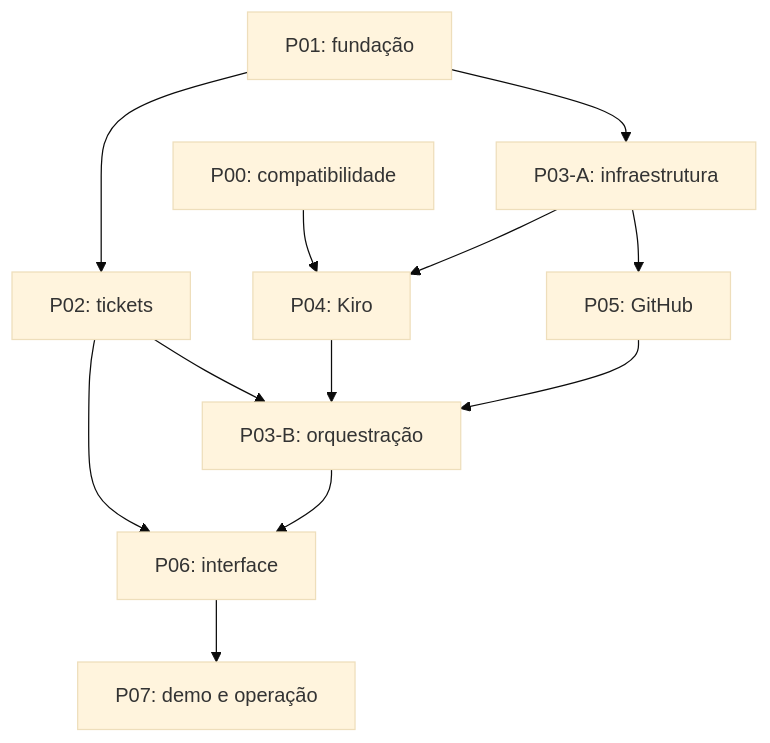
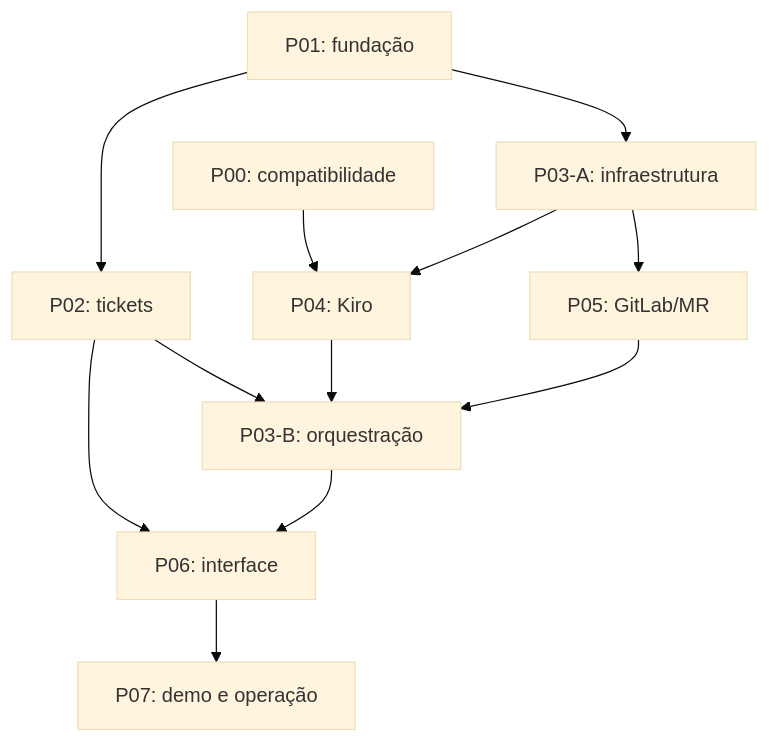
One commit to SENAI-IA/iapd-26t3-e05-resolva changed the diagram in .kiro/specs/resolva-mvp/docs/divisao-trabalho.md. Above: the diagram before and after it, drawn with Mermaid (base theme). The commit also changed other lines of this file and 54 other files, not shown here.

````diff
--- a/.kiro/specs/resolva-mvp/docs/divisao-trabalho.md
+++ b/.kiro/specs/resolva-mvp/docs/divisao-trabalho.md
@@ -45,14 +45,14 @@
 ```mermaid
 flowchart TD
   C["P00: compatibilidade"] --> K["P04: Kiro"]
   F["P01: fundação"] --> T["P02: tickets"]
   F --> A["P03-A: infraestrutura"]
   A --> K
-  A --> G["P05: GitHub"]
+  A --> G["P05: GitLab/MR"]
   T --> B["P03-B: orquestração"]
   K --> B
   G --> B
   T --> U["P06: interface"]
   B --> U
   U --> D["P07: demo e operação"]
 ```
````
